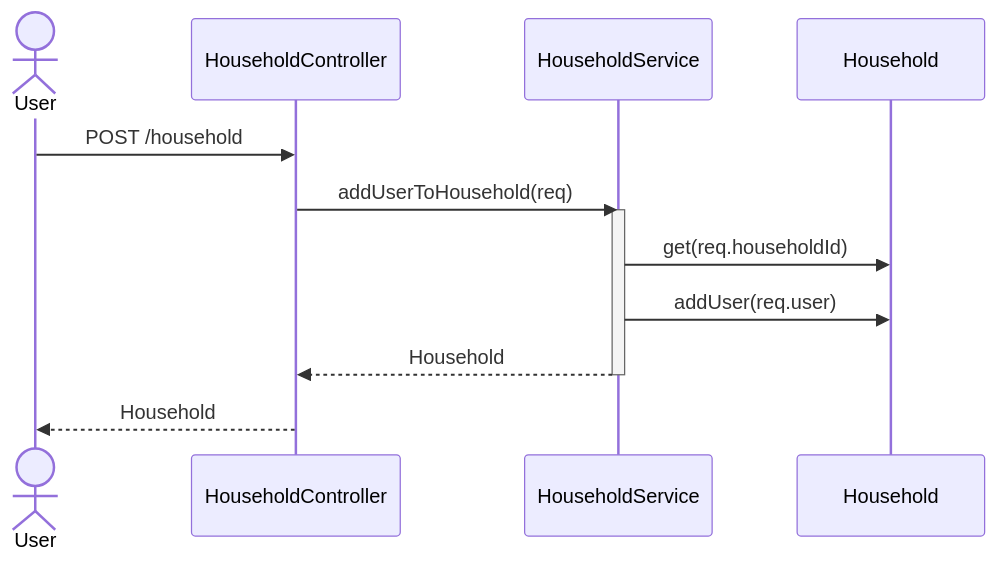
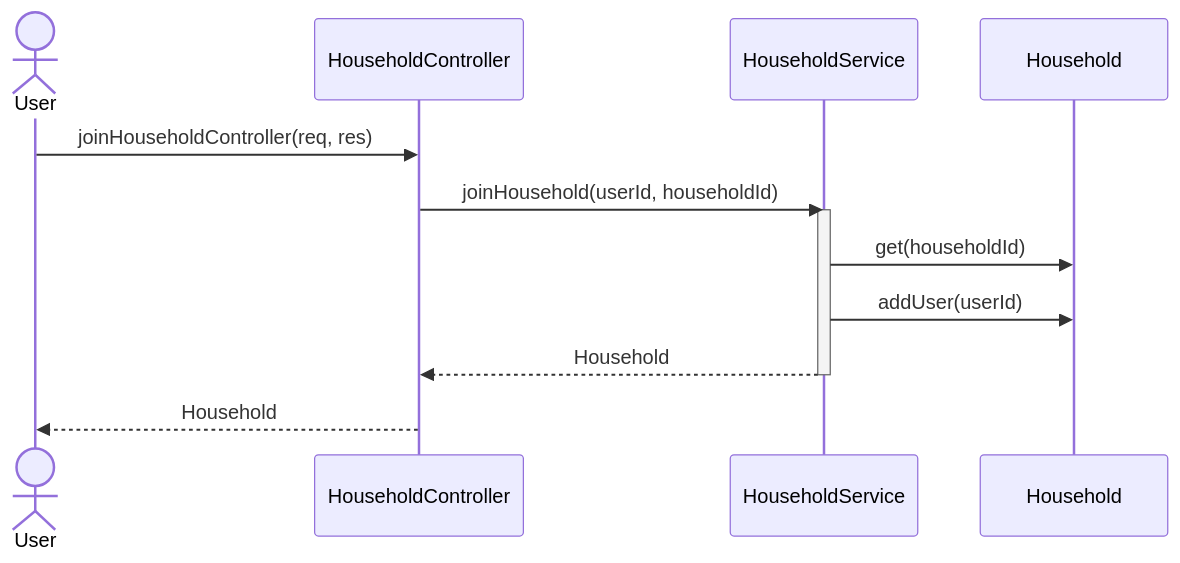
One commit to danielplan/wastend changed the fourth of 7 diagrams in docs/user-journeys.md. Above: the diagram before and after it, drawn with Mermaid. The commit also changed other lines of this file and 4 other files, not shown here.

Commit message:
updated diagrams

````diff
--- a/docs/user-journeys.md
+++ b/docs/user-journeys.md
@@ -71,12 +79,12 @@
 ```mermaid
 sequenceDiagram
     actor User
-    User ->> HouseholdController: POST /household
-    HouseholdController ->> HouseholdService: addUserToHousehold(req)
+    User ->> HouseholdController: joinHouseholdController(req, res)
+    HouseholdController ->> HouseholdService: joinHousehold(userId, householdId)
     activate HouseholdService
-    HouseholdService ->> Household: get(req.householdId)
-    HouseholdService ->> Household: addUser(req.user)
+    HouseholdService ->> Household: get(householdId)
+    HouseholdService ->> Household: addUser(userId)
     HouseholdService -->> HouseholdController: Household
     deactivate HouseholdService
     HouseholdController -->> User: Household
 ```
````
